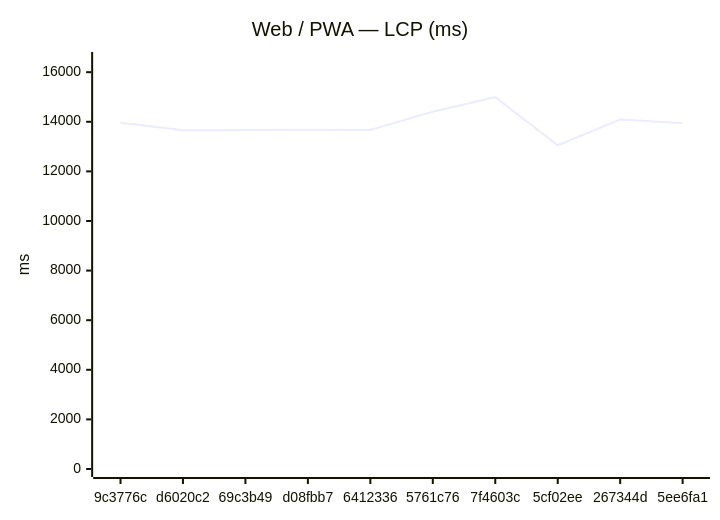
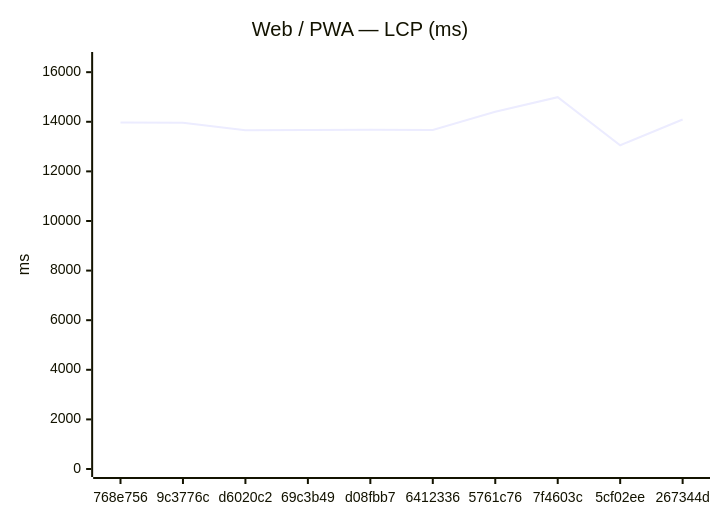
The first of 18 diagrams in benchmarks/compare.md (Metaheurist/Rianell), drawn with Mermaid before and after one commit. The commit also changed other lines of this file and 11 other files, not shown here.

````diff
--- a/benchmarks/compare.md
+++ b/benchmarks/compare.md
@@ -24,7 +24,7 @@
 ```mermaid
 xychart-beta
     title "Web / PWA — LCP (ms)"
-    x-axis ["9c3776c", "d6020c2", "69c3b49", "d08fbb7", "6412336", "5761c76", "7f4603c", "5cf02ee", "267344d", "5ee6fa1"]
+    x-axis ["768e756", "9c3776c", "d6020c2", "69c3b49", "d08fbb7", "6412336", "5761c76", "7f4603c", "5cf02ee", "267344d"]
     y-axis "ms" 0 --> 16491
-    line [13962, 13654, 13664, 13678, 13670, 14406, 14991, 13053, 14092, 13942]
+    line [13971, 13962, 13654, 13664, 13678, 13670, 14406, 14991, 13053, 14092]
 ```
````
